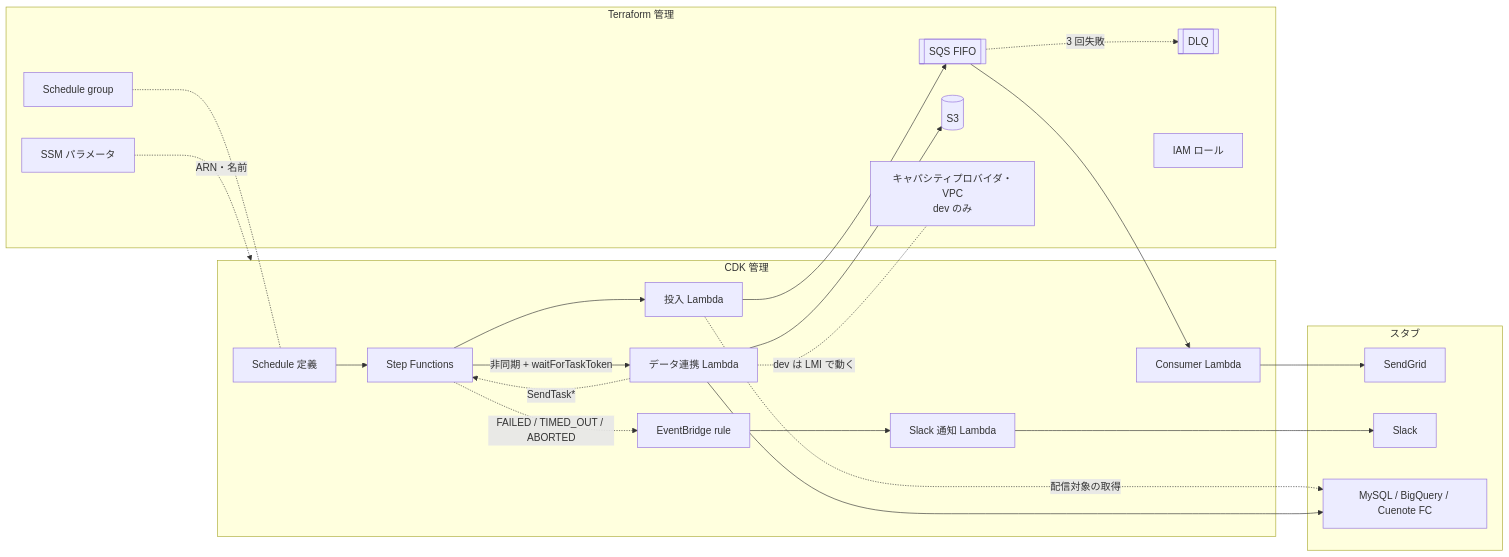
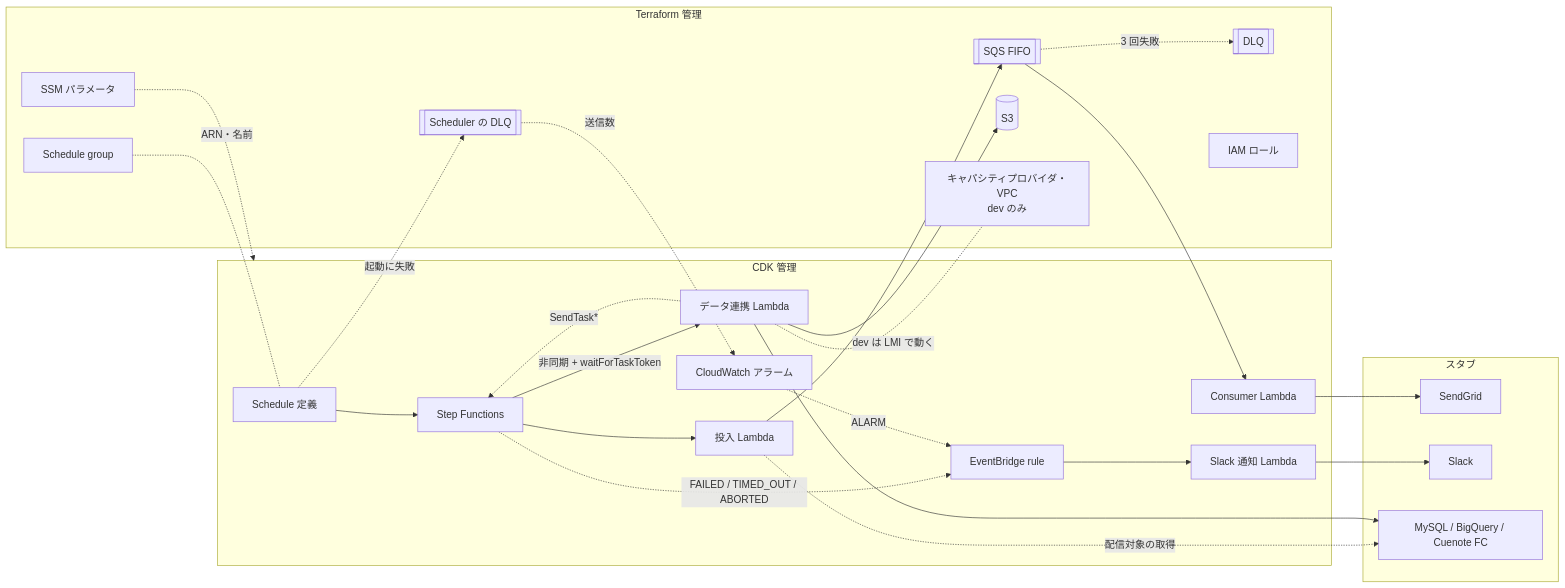
One commit to kojikawazu/serverless-practice-app changed the diagram in docs/09-architecture-specification.md. Above: the diagram before and after it, drawn with Mermaid. The commit also changed other lines of this file and 26 other files, not shown here.

First line of the commit message:
feat(scheduler): 起動の失敗を Scheduler の DLQ とアラームで通知に乗せる

````diff
--- a/docs/09-architecture-specification.md
+++ b/docs/09-architecture-specification.md
@@ -109,39 +111,42 @@
 ```mermaid
 flowchart LR
     subgraph CDK["CDK 管理"]
         SCH[Schedule 定義]
         SFN[Step Functions]
         ENQ[投入 Lambda]
         SYNC[データ連携 Lambda]
         CON[Consumer Lambda]
         RULE[EventBridge rule]
+        ALARM[CloudWatch アラーム]
         NOTIFY[Slack 通知 Lambda]
     end
     subgraph TF["Terraform 管理"]
         GRP[Schedule group]
         Q[[SQS FIFO]]
         DLQ[[DLQ]]
+        SDLQ[[Scheduler の DLQ]]
         S3[(S3)]
         IAM[IAM ロール]
         SSM[SSM パラメータ]
         CP[キャパシティプロバイダ・VPC<br/>dev のみ]
     end
     subgraph STUB["スタブ"]
         SG[SendGrid]
         SLACK[Slack]
         EXT[MySQL / BigQuery / Cuenote FC]
     end
 
     GRP -.- SCH
     SCH --> SFN
     SFN --> ENQ --> Q --> CON --> SG
     ENQ -. 配信対象の取得 .-> EXT
     Q -. 3 回失敗 .-> DLQ
     SFN -- 非同期 + waitForTaskToken --> SYNC
     SYNC -. SendTask* .-> SFN
     SYNC -. dev は LMI で動く .- CP
     SYNC --> S3
     SYNC --> EXT
     SFN -. FAILED / TIMED_OUT / ABORTED .-> RULE --> NOTIFY --> SLACK
+    SCH -. 起動に失敗 .-> SDLQ -. 送信数 .-> ALARM -. ALARM .-> RULE
     SSM -. ARN・名前 .-> CDK
 ```
````
